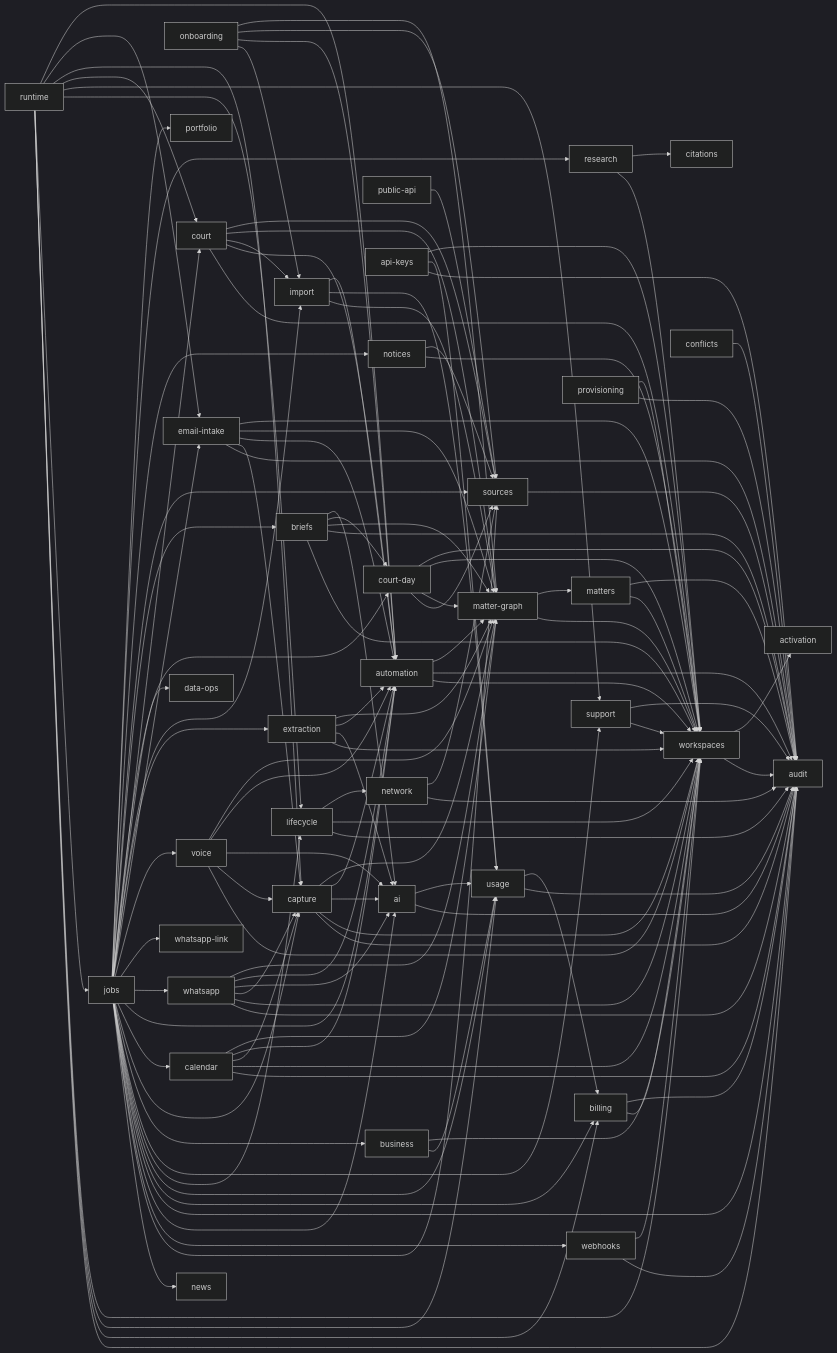
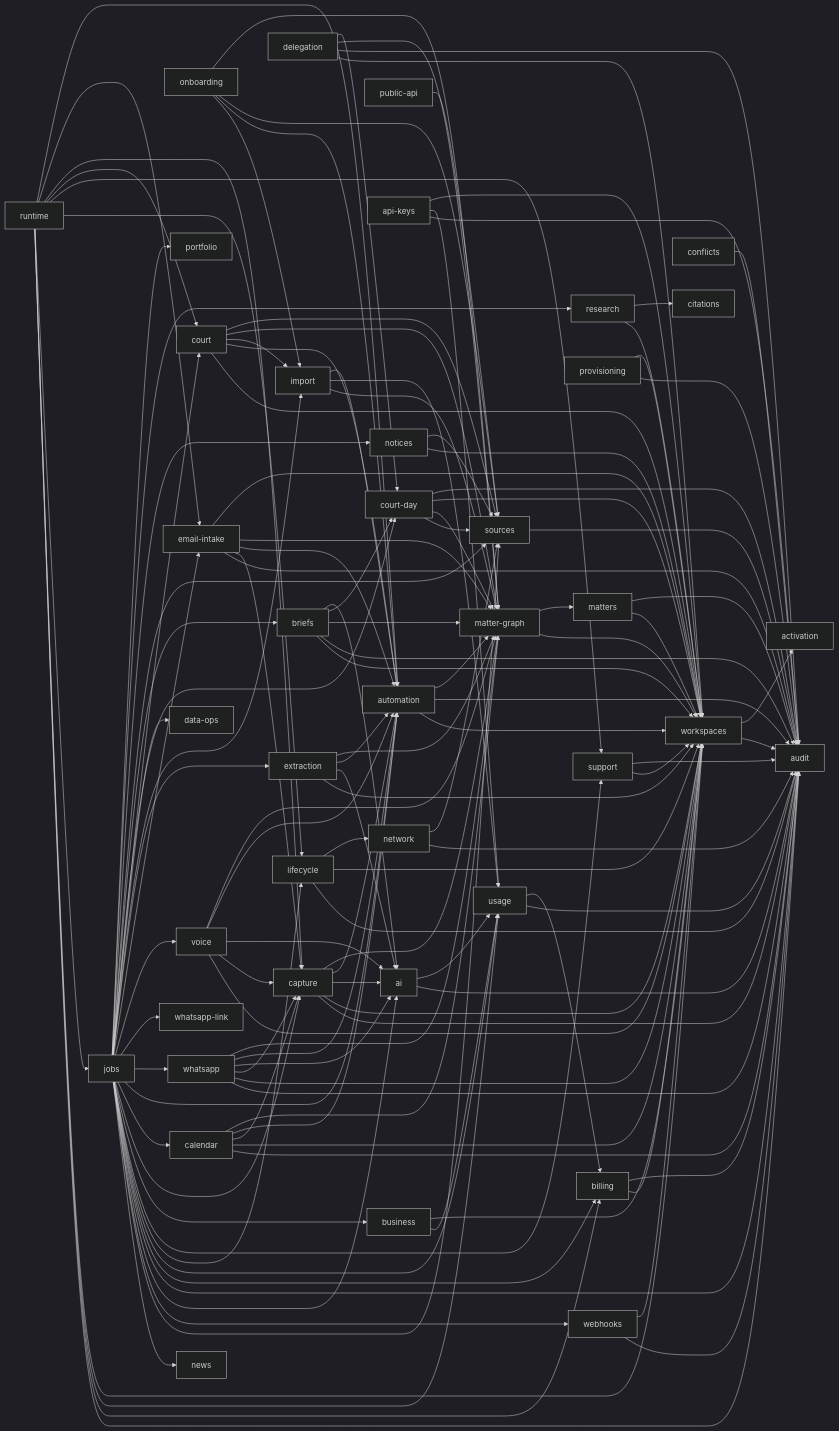
One commit to RapierCraftStudios/causedeck changed the diagram in docs/engineering/core-domains.md. Above: the diagram before and after it, drawn with Mermaid (dark theme). The commit also changed other lines of this file and 9 other files, not shown here.

```diff
--- a/docs/engineering/core-domains.md
+++ b/docs/engineering/core-domains.md
@@ -107,6 +108,10 @@
   briefs --> audit
   briefs --> matter-graph
   briefs --> court-day
+  delegation --> workspaces
+  delegation --> audit
+  delegation --> matter-graph
+  delegation --> court-day
   briefs --> ai
   matter-graph --> workspaces
   matter-graph --> matters
```
